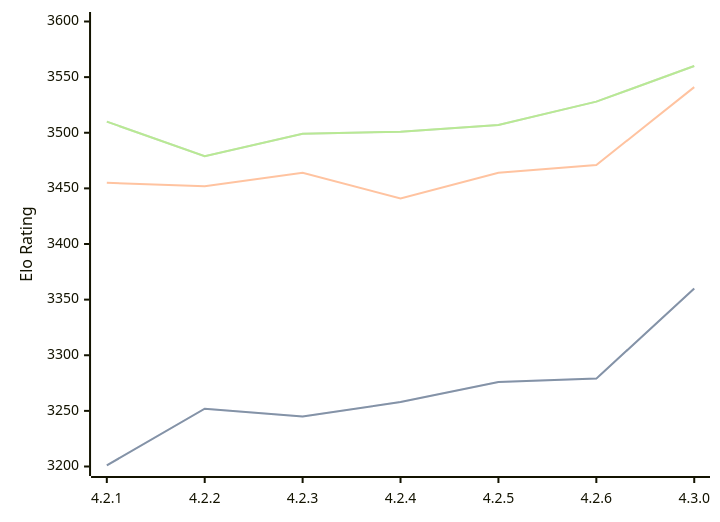
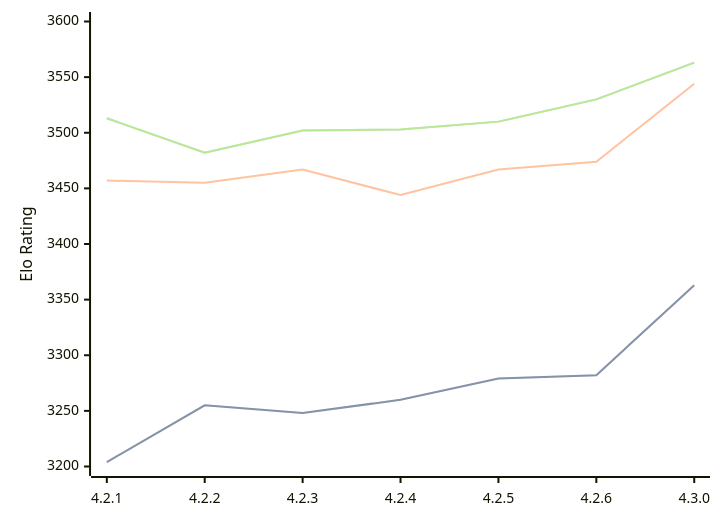
Before and after one commit to computer-chess-index/cci: the diagram in engines/Gaia.md, drawn with Mermaid. The commit also changed other lines of this file, not shown here.

Commit message:
Update CCI Ratings (ELO VLTC) - 2026-09-24

````diff
--- a/engines/Gaia.md
+++ b/engines/Gaia.md
@@ -43,11 +43,11 @@
 ```mermaid
 %%{init: {"theme":"base","themeVariables":{"seriesColors:['#a3a3a3','#222221','#faa371']}}}%%
 xychart-beta
   x-axis ["4.2.1", "4.2.2", "4.2.3", "4.2.4", "4.2.5", "4.2.6", "4.3.0"]
   y-axis "Elo Rating" 3200 --> 3600
-  line "" [3201, 3252, 3245, 3258, 3276, 3279, 3360]
-  line "STC (8.0+0.08s)" [3201, 3252, 3245, 3258, 3276, 3279, 3360]
-  line "LTC (60.0+0.60s)" [3455, 3452, 3464, 3441, 3464, 3471, 3541]
-  line "" [3510, 3479, 3499, 3501, 3507, 3528, 3560]
-  line "VLTC (2m24s+1.12s)" [3510, 3479, 3499, 3501, 3507, 3528, 3560]
+  line "" [3204, 3255, 3248, 3260, 3279, 3282, 3363]
+  line "STC (8.0+0.08s)" [3204, 3255, 3248, 3260, 3279, 3282, 3363]
+  line "LTC (60.0+0.60s)" [3457, 3455, 3467, 3444, 3467, 3474, 3544]
+  line "" [3513, 3482, 3502, 3503, 3510, 3530, 3563]
+  line "VLTC (2m24s+1.12s)" [3513, 3482, 3502, 3503, 3510, 3530, 3563]
 ```
````
